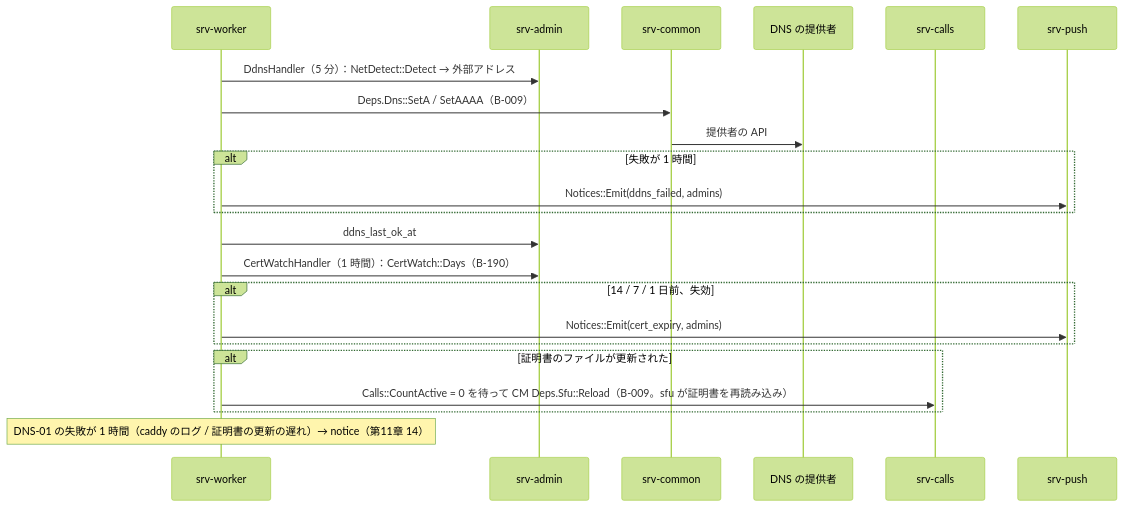
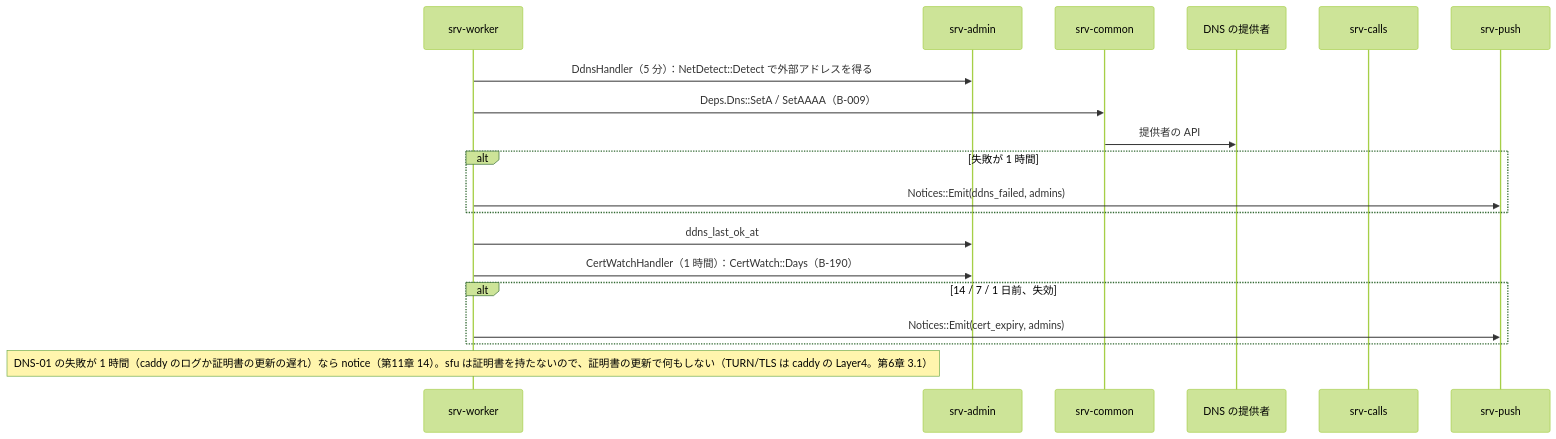
The third of 3 diagrams in dev/docs/jp/シーケンス/12_裏の処理.md (nrsd-ishikawasou/family-talk-pwa), drawn with Mermaid (forest theme) before and after one commit. The commit also changed other lines of this file and 290 other files, not shown here.

````diff
--- a/dev/docs/jp/シーケンス/12_裏の処理.md
+++ b/dev/docs/jp/シーケンス/12_裏の処理.md
@@ -78,24 +91,21 @@
 ```mermaid
 sequenceDiagram
   participant WK as srv-worker
   participant AD as srv-admin
   participant CM as srv-common
   participant EXT as DNS の提供者
   participant CL as srv-calls
   participant PS as srv-push
-  WK->>AD: DdnsHandler（5 分）：NetDetect::Detect → 外部アドレス
+  WK->>AD: DdnsHandler（5 分）：NetDetect::Detect で外部アドレスを得る
   WK->>CM: Deps.Dns::SetA / SetAAAA（B-009）
   CM->>EXT: 提供者の API
   alt 失敗が 1 時間
     WK->>PS: Notices::Emit(ddns_failed, admins)
   end
   WK->>AD: ddns_last_ok_at
   WK->>AD: CertWatchHandler（1 時間）：CertWatch::Days（B-190）
   alt 14 / 7 / 1 日前、失効
     WK->>PS: Notices::Emit(cert_expiry, admins)
   end
-  alt 証明書のファイルが更新された
-    WK->>CL: Calls::CountActive = 0 を待って CM Deps.Sfu::Reload（B-009。sfu が証明書を再読み込み）
-  end
-  Note over WK: DNS-01 の失敗が 1 時間（caddy のログ / 証明書の更新の遅れ）→ notice（第11章 14）
+  Note over WK: DNS-01 の失敗が 1 時間（caddy のログか証明書の更新の遅れ）なら notice（第11章 14）。sfu は証明書を持たないので、証明書の更新で何もしない（TURN/TLS は caddy の Layer4。第6章 3.1）
 ```
````
